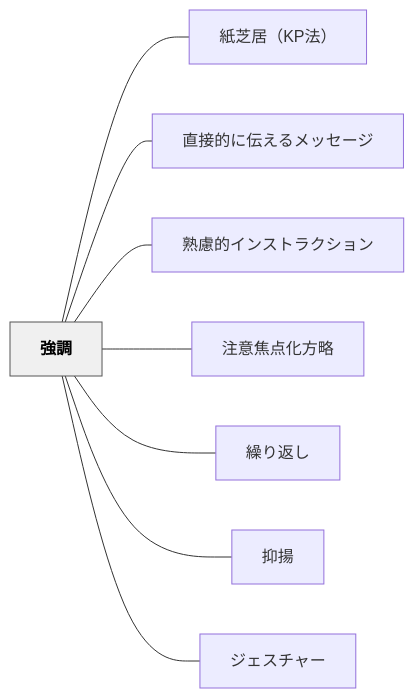
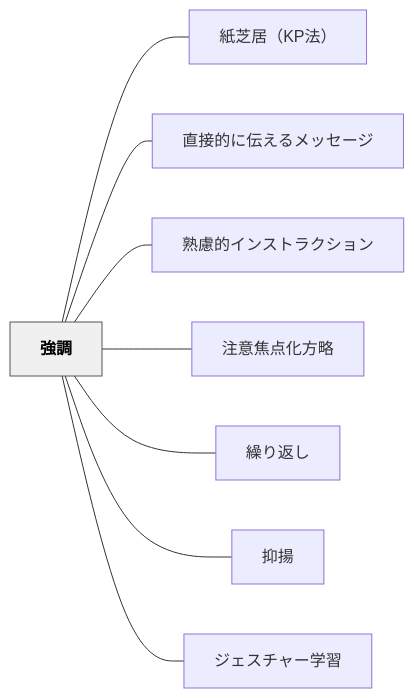
The diagram in content/パタン/強調.md (unknownthings-ed-patterns/unknownthings-ed-patterns), drawn with Mermaid before and after one commit. The commit also changed other lines of this file and 6 other files, not shown here.

````diff
--- a/content/パタン/強調.md
+++ b/content/パタン/強調.md
@@ -36,22 +36,22 @@
 ```mermaid
 flowchart LR
     ne5bcb7e8aabf["強調"]
     ne7b499e88a9de5b185efbc884b50e6b395efbc89["紙芝居（KP法）"]
     ne79bb4e68ea5e79a84e381abe4bc9de38188e3828be383a1e38383e382bbe383bce382b8["直接的に伝えるメッセージ"]
     ne7869fe685aee79a84e382a4e383b3e382b9e38388e383a9e382afe382b7e383a7e383b3["熟慮的インストラクション"]
     ne6b3a8e6848fe784a6e782b9e58c96e696b9e795a5["注意焦点化方略"]
     ne7b9b0e3828ae8bf94e38197["繰り返し"]
     ne68a91e68f9a["抑揚"]
-    ne382b8e382a7e382b9e38381e383a3e383bc["ジェスチャー"]
+    ne382b8e382a7e382b9e38381e383a3e383bce5ada6e7bf92["ジェスチャー学習"]
 
     ne5bcb7e8aabf --- ne7b499e88a9de5b185efbc884b50e6b395efbc89
     ne5bcb7e8aabf --- ne79bb4e68ea5e79a84e381abe4bc9de38188e3828be383a1e38383e382bbe383bce382b8
     ne5bcb7e8aabf --- ne7869fe685aee79a84e382a4e383b3e382b9e38388e383a9e382afe382b7e383a7e383b3
     ne5bcb7e8aabf --- ne6b3a8e6848fe784a6e782b9e58c96e696b9e795a5
     ne5bcb7e8aabf --- ne7b9b0e3828ae8bf94e38197
     ne5bcb7e8aabf --- ne68a91e68f9a
-    ne5bcb7e8aabf --- ne382b8e382a7e382b9e38381e383a3e383bc
+    ne5bcb7e8aabf --- ne382b8e382a7e382b9e38381e383a3e383bce5ada6e7bf92
 
     classDef hub fill:#f0f0f0,stroke:#555,color:#000,font-weight:bold
     class ne5bcb7e8aabf hub
 ```
````
